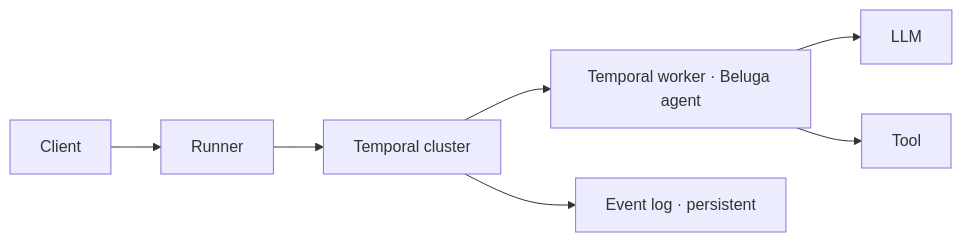
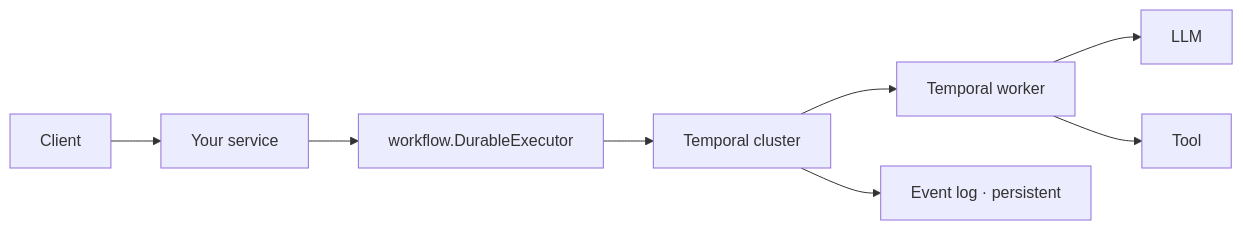
One commit to lookatitude/beluga-ai changed the fifth of 6 diagrams in docs/architecture/17-deployment-modes.md. Above: the diagram before and after it, drawn with Mermaid. The commit also changed other lines of this file and 109 other files, not shown here.

````diff
--- a/docs/architecture/17-deployment-modes.md
+++ b/docs/architecture/17-deployment-modes.md
@@ -149,9 +154,10 @@
 ```mermaid
 graph LR
-  Client --> Runner[Runner]
-  Runner --> TC[Temporal cluster]
-  TC --> W[Temporal worker · Beluga agent]
+  Client --> App[Your service]
+  App --> Ex[workflow.DurableExecutor]
+  Ex --> TC[Temporal cluster]
+  TC --> W[Temporal worker]
   W --> LLM
   W --> Tool
   TC --> EL[Event log · persistent]
 ```
````
